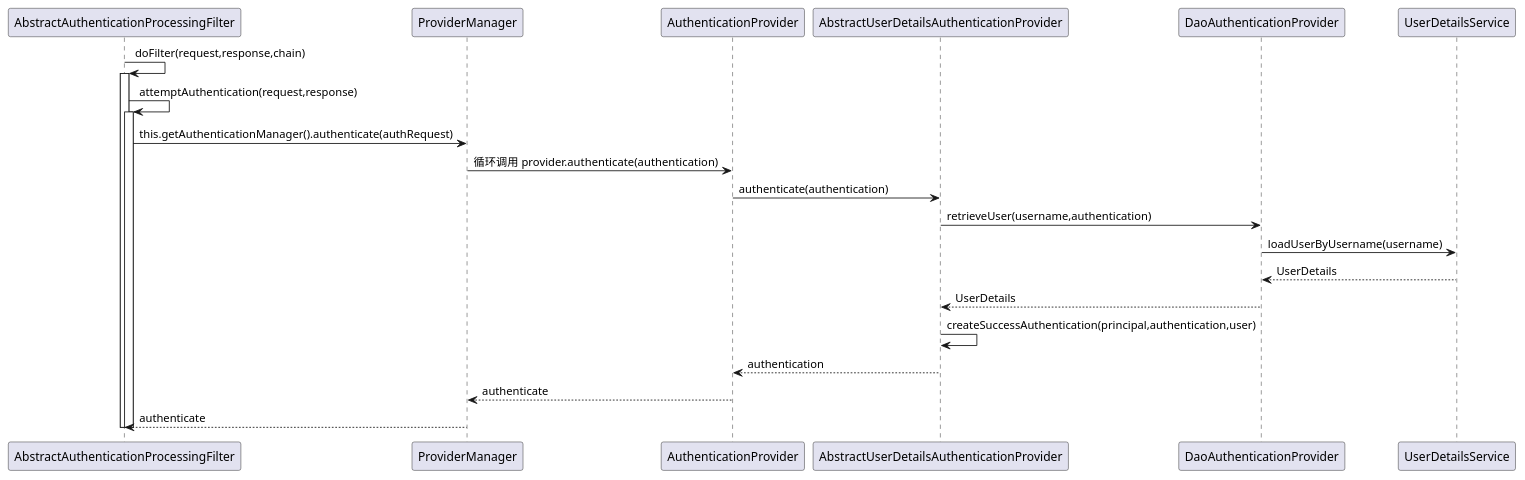
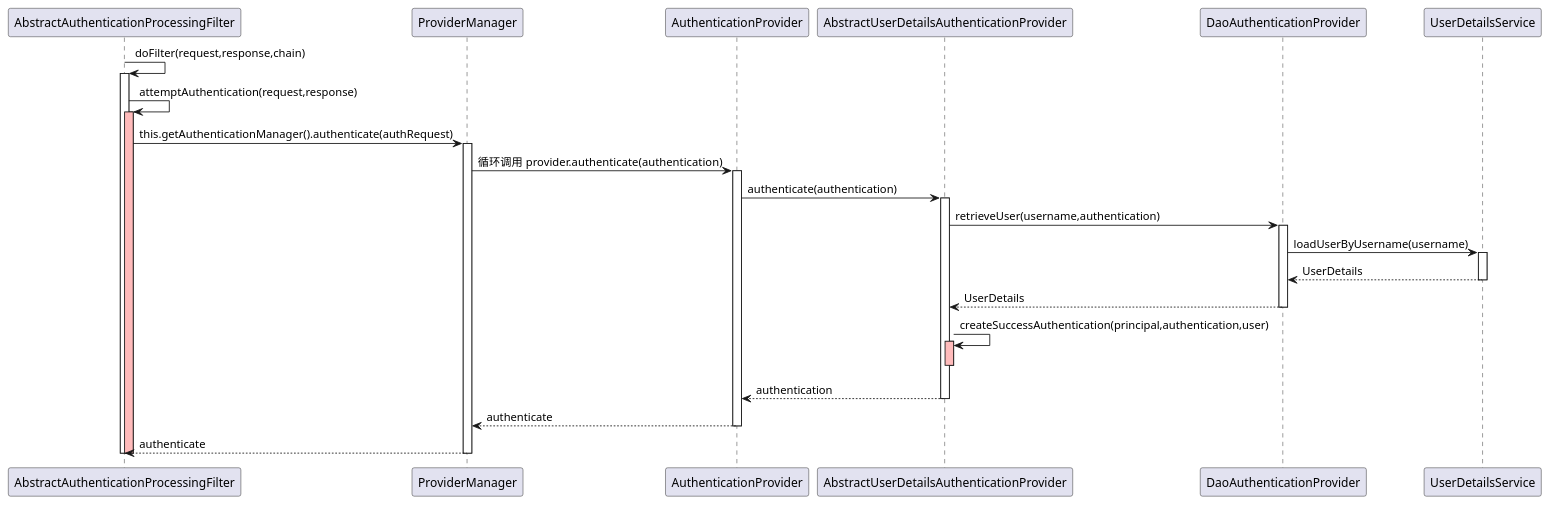
The diagram in doc/uml/AuthenticationFlow.puml (JL-Code/thinking-in-java), drawn with PlantUML before and after one commit.

Commit message:
update authenticationflow

```diff
--- a/doc/uml/AuthenticationFlow.puml
+++ b/doc/uml/AuthenticationFlow.puml
@@ -1,39 +1,51 @@
 @startuml
 'class ProviderManager
 'interface AuthenticationProvider
 'abstract class AbstractUserDetailsAuthenticationProvider
 'interface UserDetailsService
 'class DaoAuthenticationProvider
 'AbstractAuthenticationProcessingFilter.doFilter -> AbstractAuthenticationProcessingFilter.attemptAuthentication->AbstractAuthenticationProcessingFilter.getAuthenticationManager().authenticate(authRequest)
 ' 此处是循环调用 provider.authenticate(authentication)
 AbstractAuthenticationProcessingFilter->AbstractAuthenticationProcessingFilter: doFilter(request,response,chain)
 activate AbstractAuthenticationProcessingFilter
 
 AbstractAuthenticationProcessingFilter->AbstractAuthenticationProcessingFilter: attemptAuthentication(request,response)
-activate AbstractAuthenticationProcessingFilter
+activate AbstractAuthenticationProcessingFilter #FFBBBB
 
 AbstractAuthenticationProcessingFilter->ProviderManager: this.getAuthenticationManager().authenticate(authRequest)
+activate ProviderManager
 
 ProviderManager -> AuthenticationProvider: 循环调用 provider.authenticate(authentication)
+activate AuthenticationProvider
 
 AuthenticationProvider->AbstractUserDetailsAuthenticationProvider:authenticate(authentication)
+activate AbstractUserDetailsAuthenticationProvider
 
 AbstractUserDetailsAuthenticationProvider->DaoAuthenticationProvider:retrieveUser(username,authentication)
+activate DaoAuthenticationProvider
 
 DaoAuthenticationProvider->UserDetailsService:loadUserByUsername(username)
+activate UserDetailsService
 
 DaoAuthenticationProvider <-- UserDetailsService: UserDetails
+deactivate UserDetailsService
+
 AbstractUserDetailsAuthenticationProvider <-- DaoAuthenticationProvider: UserDetails
+deactivate DaoAuthenticationProvider
 
 AbstractUserDetailsAuthenticationProvider -> AbstractUserDetailsAuthenticationProvider: createSuccessAuthentication(principal,authentication,user)
+activate AbstractUserDetailsAuthenticationProvider #FFBBBB
+deactivate AbstractUserDetailsAuthenticationProvider
 
 AuthenticationProvider <-- AbstractUserDetailsAuthenticationProvider: authentication
+deactivate AbstractUserDetailsAuthenticationProvider
 
-ProviderManager<--AuthenticationProvider: authenticate
+ProviderManager <-- AuthenticationProvider: authenticate
+deactivate AuthenticationProvider
 
 AbstractAuthenticationProcessingFilter <-- ProviderManager: authenticate
-
+deactivate ProviderManager
 deactivate AbstractAuthenticationProcessingFilter
 deactivate AbstractAuthenticationProcessingFilter
 
 @enduml
```
